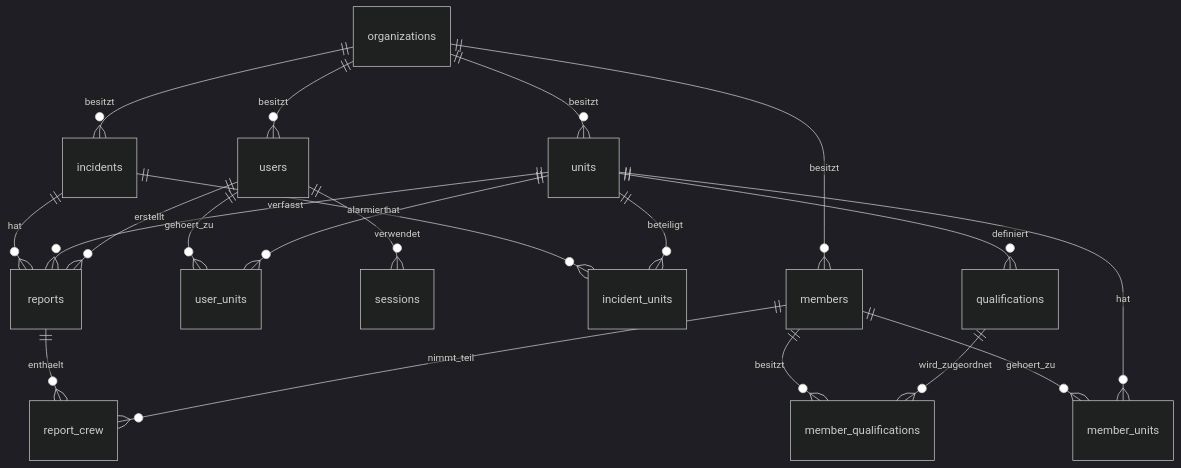
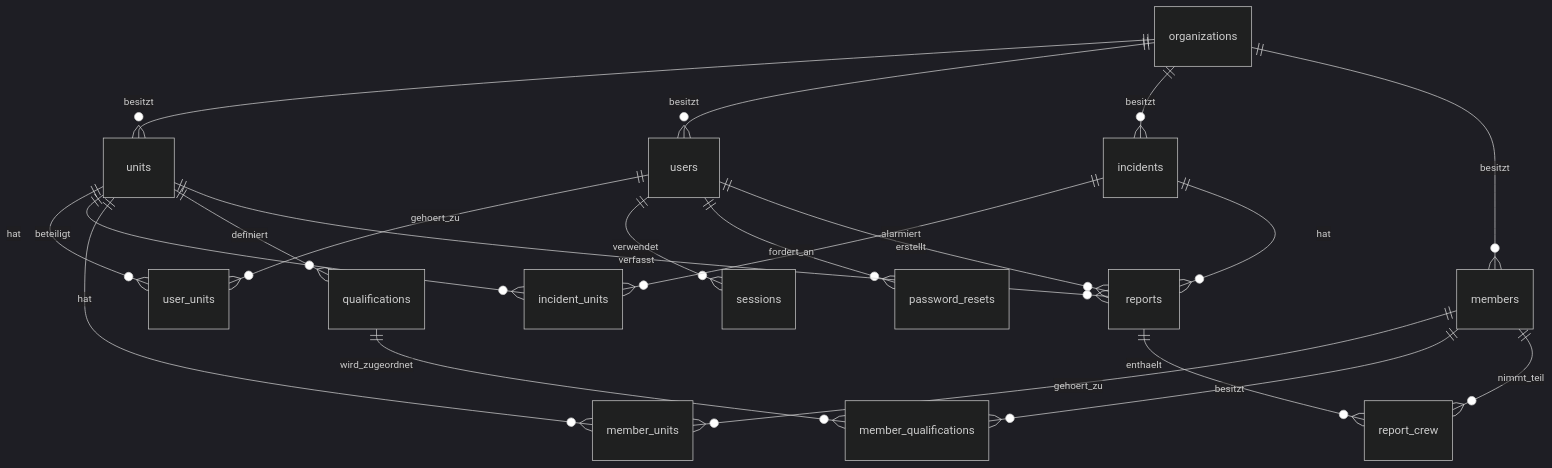
The diagram in DATENMODELL.md (heoelri/ebmanager), drawn with Mermaid (dark theme) before and after one commit. The commit also changed other lines of this file and 13 other files, not shown here.

````diff
--- a/DATENMODELL.md
+++ b/DATENMODELL.md
@@ -19,22 +19,23 @@
 ```mermaid
 erDiagram
     organizations ||--o{ units : besitzt
     organizations ||--o{ users : besitzt
     organizations ||--o{ incidents : besitzt
     organizations ||--o{ members : besitzt
     users ||--o{ user_units : gehoert_zu
     units ||--o{ user_units : hat
     users ||--o{ sessions : verwendet
+    users ||--o{ password_resets : fordert_an
     incidents ||--o{ incident_units : alarmiert
     units ||--o{ incident_units : beteiligt
     members ||--o{ member_units : gehoert_zu
     units ||--o{ member_units : hat
     units ||--o{ qualifications : definiert
     members ||--o{ member_qualifications : besitzt
     qualifications ||--o{ member_qualifications : wird_zugeordnet
     incidents ||--o{ reports : hat
     units ||--o{ reports : verfasst
     users ||--o{ reports : erstellt
     reports ||--o{ report_crew : enthaelt
     members ||--o{ report_crew : nimmt_teil
 ```
````
